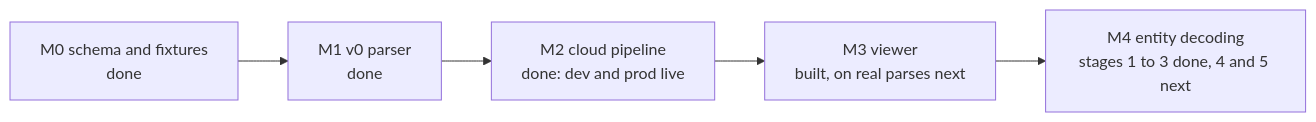
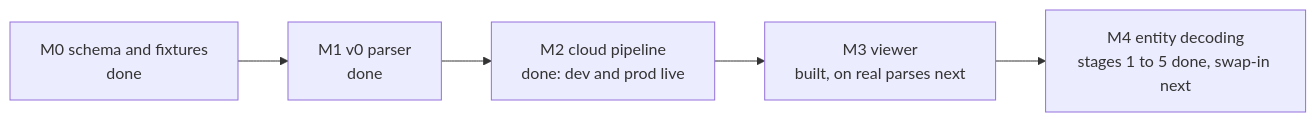
The second of 2 diagrams in .claude/wiki/README.md (ChiemekaKalu/demoView), drawn with Mermaid before and after one commit. The commit also changed other lines of this file and 4 other files, not shown here.

````diff
--- a/.claude/wiki/README.md
+++ b/.claude/wiki/README.md
@@ -60,7 +60,7 @@
 ```mermaid
 flowchart LR
     M0[M0 schema and fixtures<br/>done] --> M1[M1 v0 parser<br/>done]
     M1 --> M2[M2 cloud pipeline<br/>done: dev and prod live]
     M2 --> M3[M3 viewer<br/>built, on real parses next]
-    M3 --> M4[M4 entity decoding<br/>stages 1 to 3 done, 4 and 5 next]
+    M3 --> M4[M4 entity decoding<br/>stages 1 to 5 done, swap-in next]
 ```
````
